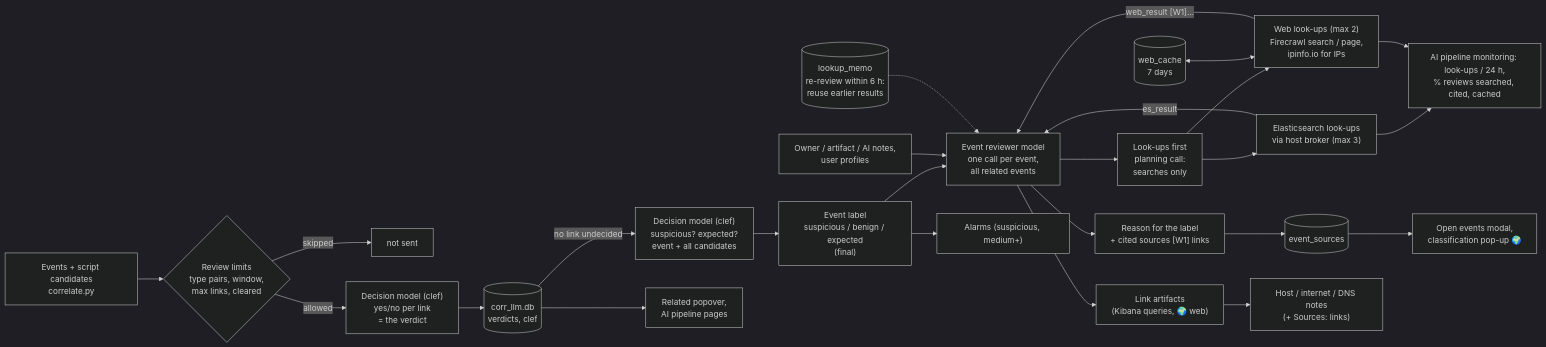
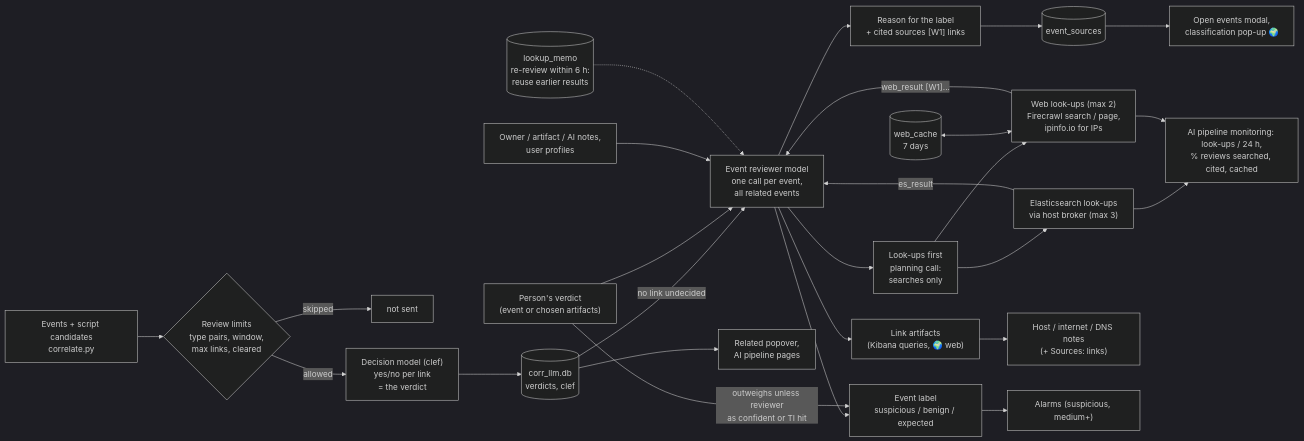
Before and after one commit to hermeslohin/netmon: the first of 3 diagrams in docs/CORRELATION.md, drawn with Mermaid (dark theme). The commit also changed other lines of this file and 16 other files, not shown here.

First line of the commit message:
Docs + diagrams: decision model decides links only, event reviewer labels events, person's verdict outweighs the label; stale UI help strings fixed

````diff
--- a/docs/CORRELATION.md
+++ b/docs/CORRELATION.md
@@ -175,27 +177,28 @@
 ```mermaid
 flowchart LR
     EV["Events + script candidates\ncorrelate.py"] --> LIM{"Review limits\ntype pairs, window,\nmax links, cleared"}
     LIM -- "skipped" --> HID["not sent"]
     LIM -- "allowed" --> CLEF["Decision model (clef)\nyes/no per link\n= the verdict"]
     CLEF --> DB[("corr_llm.db\nverdicts, clef")]
-    DB -- "no link undecided" --> CL2["Decision model (clef)\nsuspicious? expected?\nevent + all candidates"]
-    CL2 --> LAB["Event label\nsuspicious / benign / expected\n(final)"]
-    LAB --> REV["Event reviewer model\none call per event,\nall related events"]
+    DB -- "no link undecided" --> REV["Event reviewer model\none call per event,\nall related events"]
+    PV["Person's verdict\n(event or chosen artifacts)"] --> REV
     NOTES["Owner / artifact / AI notes,\nuser profiles"] --> REV
     MEMO[("lookup_memo\nre-review within 6 h:\nreuse earlier results")] -.-> REV
     PLAN["Look-ups first\nplanning call:\nsearches only"] --> ES["Elasticsearch look-ups\nvia host broker (max 3)"]
     PLAN --> WEB["Web look-ups (max 2)\nFirecrawl search / page,\nipinfo.io for IPs"]
     WC[("web_cache\n7 days")] <--> WEB
     REV --> PLAN
     ES -- "es_result" --> REV
     WEB -- "web_result [W1]..." --> REV
+    REV --> LAB["Event label\nsuspicious / benign / expected"]
+    PV -- "outweighs unless reviewer\nas confident or TI hit" --> LAB
     REV --> RS["Reason for the label\n+ cited sources [W1] links"]
     RS --> SRC[("event_sources")]
     SRC --> OE["Open events modal,\nclassification pop-up 🌍"]
     REV --> LN["Link artifacts\n(Kibana queries, 🌍 web)"]
     LN --> HN["Host / internet / DNS notes\n(+ Sources: links)"]
     ES --> KPI["AI pipeline monitoring: look-ups / 24 h,\n% reviews searched, cited, cached"]
     WEB --> KPI
     LAB --> AL["Alarms (suspicious, medium+)"]
     DB --> UI["Related popover,\nAI pipeline pages"]
 ```
````
